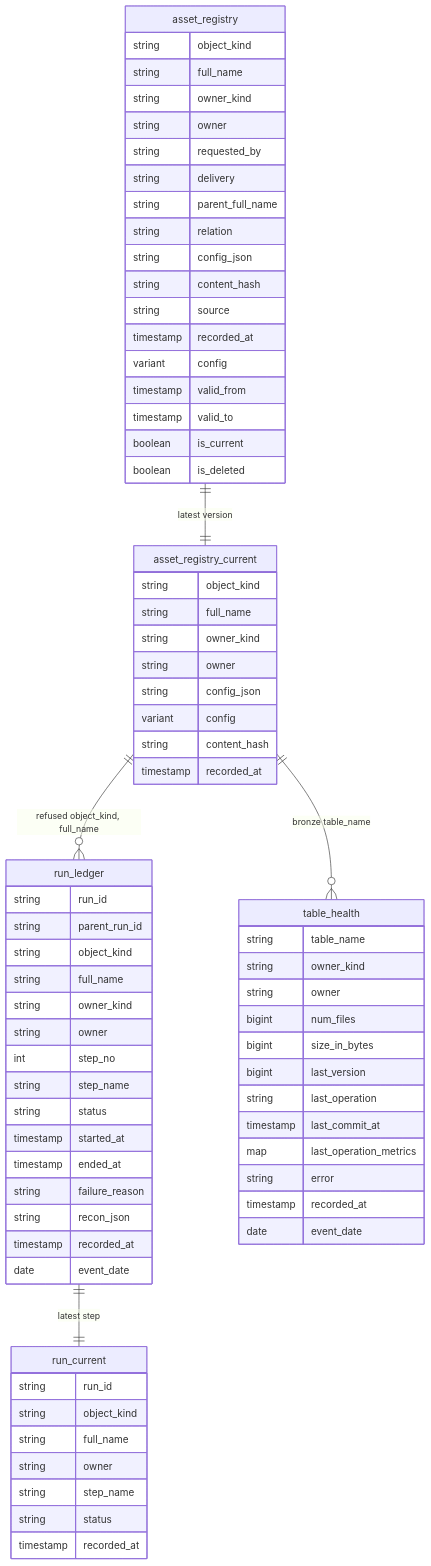
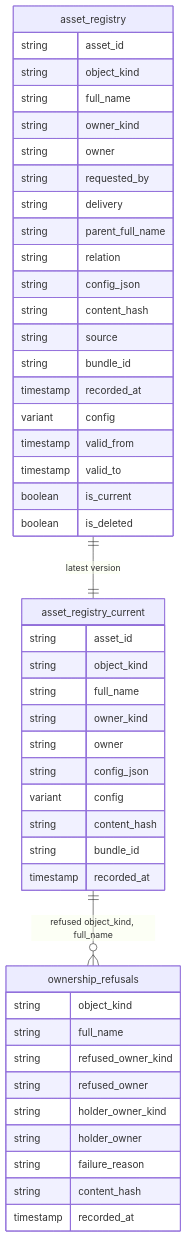
The fifth of 9 diagrams in framework_docs/ARCHITECTURE.md (NitinKeshavB/framework), drawn with Mermaid before and after one commit. The commit also changed other lines of this file and 66 other files, not shown here.

````diff
--- a/framework_docs/ARCHITECTURE.md
+++ b/framework_docs/ARCHITECTURE.md
@@ -156,76 +158,49 @@
 ```mermaid
 erDiagram
   asset_registry ||--|| asset_registry_current : "latest version"
-  run_ledger ||--|| run_current : "latest step"
-  asset_registry_current ||--o{ run_ledger : "refused object_kind, full_name"
-  asset_registry_current ||--o{ table_health : "bronze table_name"
+  asset_registry_current ||--o{ ownership_refusals : "refused object_kind, full_name"
   asset_registry {
+    string asset_id
     string object_kind
     string full_name
     string owner_kind
     string owner
     string requested_by
     string delivery
     string parent_full_name
     string relation
     string config_json
     string content_hash
     string source
+    string bundle_id
     timestamp recorded_at
     variant config
     timestamp valid_from
     timestamp valid_to
     boolean is_current
     boolean is_deleted
   }
   asset_registry_current {
+    string asset_id
     string object_kind
     string full_name
     string owner_kind
     string owner
     string config_json
     variant config
     string content_hash
+    string bundle_id
     timestamp recorded_at
   }
-  run_ledger {
-    string run_id
-    string parent_run_id
+  ownership_refusals {
     string object_kind
     string full_name
-    string owner_kind
-    string owner
-    int step_no
-    string step_name
-    string status
-    timestamp started_at
-    timestamp ended_at
+    string refused_owner_kind
+    string refused_owner
+    string holder_owner_kind
+    string holder_owner
     string failure_reason
-    string recon_json
-    timestamp recorded_at
-    date event_date
-  }
-  run_current {
-    string run_id
-    string object_kind
-    string full_name
-    string owner
-    string step_name
-    string status
+    string content_hash
     timestamp recorded_at
   }
-  table_health {
-    string table_name
-    string owner_kind
-    string owner
-    bigint num_files
-    bigint size_in_bytes
-    bigint last_version
-    string last_operation
-    timestamp last_commit_at
-    map last_operation_metrics
-    string error
-    timestamp recorded_at
-    date event_date
-  }
 ```
````
